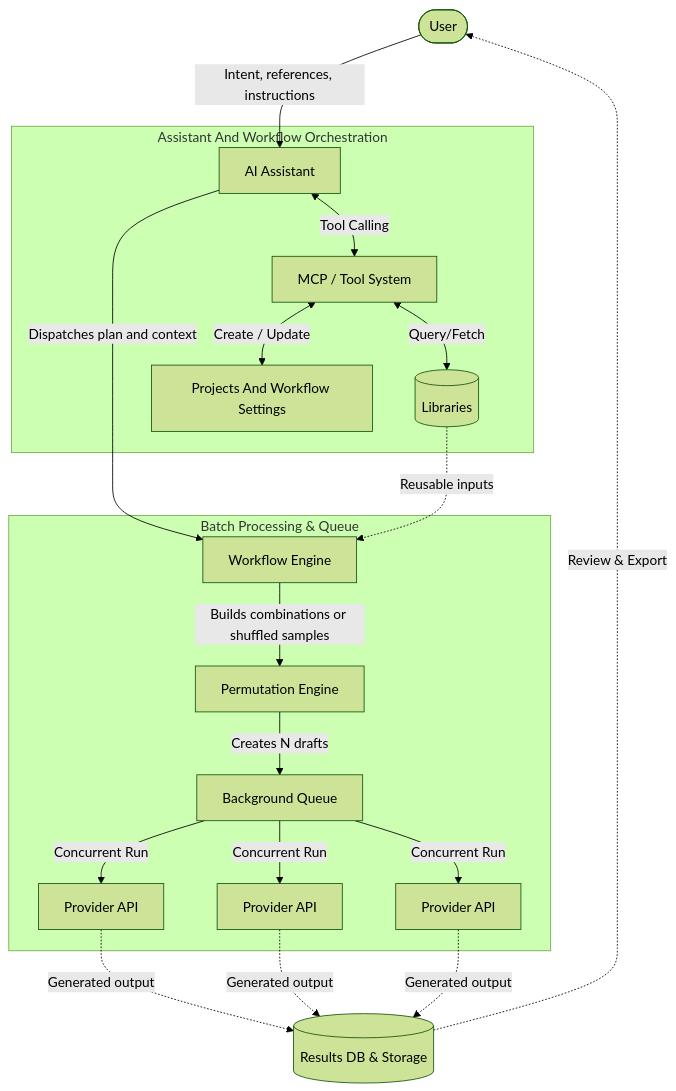
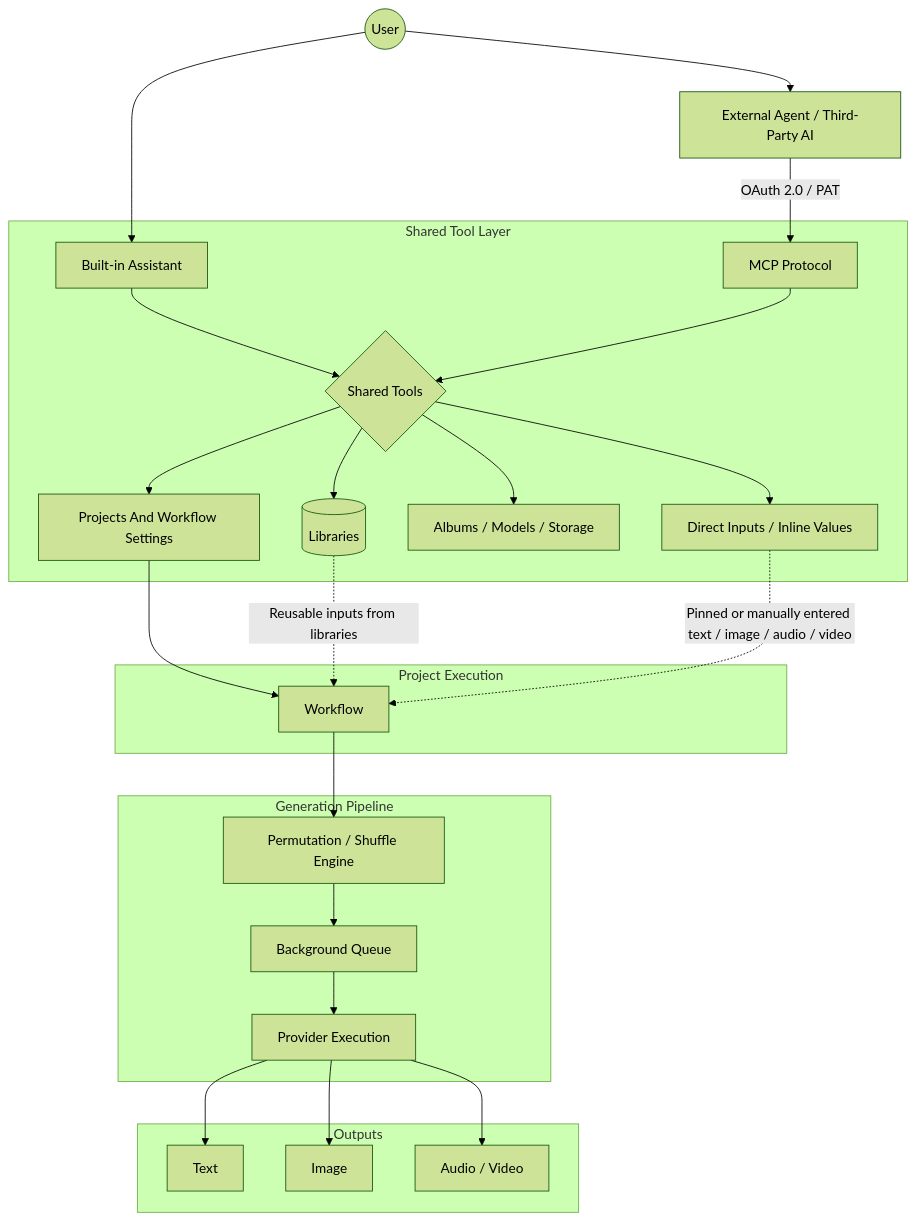
The diagram in README.md (ShinChven/remix-studio), drawn with Mermaid (forest theme) before and after one commit. The commit also changed other lines of this file, not shown here.

Commit message:
docs: update project overview, workflow documentation, and MCP capabilities to reflect new library-backed and direct input integration.

````diff
--- a/README.md
+++ b/README.md
@@ -50,27 +50,36 @@
 ```mermaid
-flowchart TB
-    U([User]) -->|Intent, references, instructions| A[AI Assistant]
-    
-    subgraph Orchestration [Assistant And Workflow Orchestration]
-        A <-->|Tool Calling| T[MCP / Tool System]
-        T <-->|Query/Fetch| L[(Libraries)]
-        T <-->|Create / Update| W[Projects And Workflow Settings]
+flowchart TD
+    U((User))
+
+    U --> A[Built-in Assistant]
+    U --> X[External Agent / Third-Party AI]
+    X -->|OAuth 2.0 / PAT| M[MCP Protocol]
+
+    subgraph ToolsLayer [Shared Tool Layer]
+        A --> T{Shared Tools}
+        M --> T
+
+        T --> L[(Libraries)]
+        T --> P[Projects And Workflow Settings]
+        T --> R[Albums / Models / Storage]
+        T --> D[Direct Inputs / Inline Values]
     end
-    
-    A -->|Dispatches plan and context| E[Workflow Engine]
-    L -.->|Reusable inputs| E
-    
-    subgraph Generation [Batch Processing & Queue]
-        E -->|Builds combinations or shuffled samples| C[Permutation Engine]
-        C -->|Creates N drafts| B[Background Queue]
-        
-        B -->|Concurrent Run| P1[Provider API]
-        B -->|Concurrent Run| P2[Provider API]
-        B -->|Concurrent Run| P3[Provider API]
+
+    subgraph ProjectFlow [Project Execution]
+        P --> W[Workflow]
+        L -.->|Reusable inputs from libraries| W
+        D -.->|Pinned or manually entered text / image / audio / video| W
     end
-    
-    P1 -.->|Generated output| O[(Results DB & Storage)]
-    P2 -.->|Generated output| O
-    P3 -.->|Generated output| O
-    O -.->|Review & Export| U
+
+    subgraph Execution [Generation Pipeline]
+        W --> C[Permutation / Shuffle Engine]
+        C --> B[Background Queue]
+        B --> E[Provider Execution]
+    end
+
+    subgraph Outputs [Outputs]
+        E --> TXT[Text]
+        E --> IMG[Image]
+        E --> MED[Audio / Video]
+    end
 ```
````
